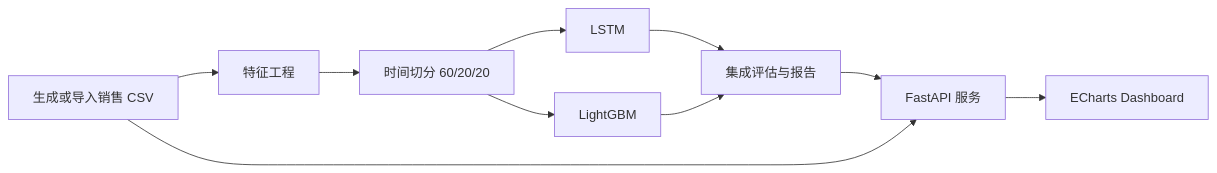
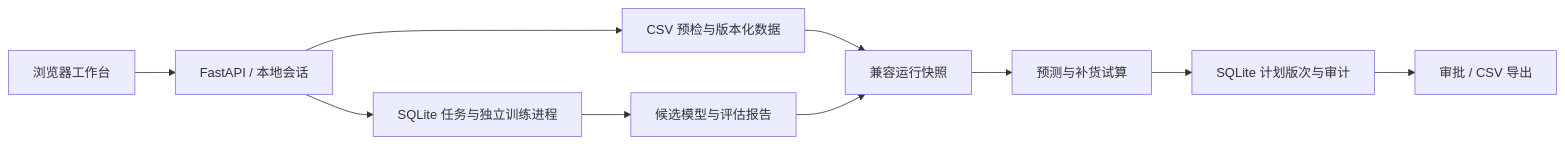
One commit to Caser-86/sales-forecast-dashboard changed the diagram in README.md. Above: the diagram before and after it, drawn with Mermaid. The commit also changed other lines of this file and 13 other files, not shown here.

````diff
--- a/README.md
+++ b/README.md
@@ -111,12 +58,12 @@
 ```mermaid
 flowchart LR
-    A[生成或导入销售 CSV] --> B[特征工程]
-    B --> C[时间切分 60/20/20]
-    C --> D[LSTM]
-    C --> E[LightGBM]
-    D --> F[集成评估与报告]
-    E --> F
-    F --> G[FastAPI 服务]
-    A --> G
-    G --> H[ECharts Dashboard]
+    UI[浏览器工作台] --> API[FastAPI / 本地会话]
+    API --> Data[CSV 预检与版本化数据]
+    API --> Jobs[SQLite 任务与独立训练进程]
+    Jobs --> Models[候选模型与评估报告]
+    Data --> Snapshot[兼容运行快照]
+    Models --> Snapshot
+    Snapshot --> Forecast[预测与补货试算]
+    Forecast --> Plans[SQLite 计划版次与审计]
+    Plans --> Export[审批 / CSV 导出]
 ```
````
